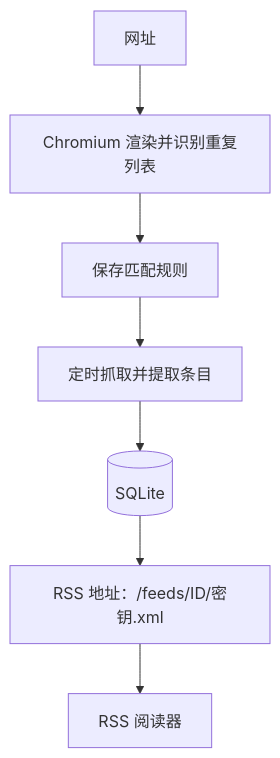
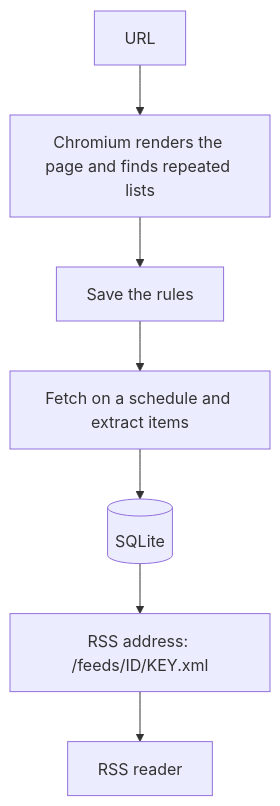
The diagram in README.md (Jaaayden/feedlantern), drawn with Mermaid before and after one commit. The commit also changed other lines of this file and 104 other files, not shown here.

````diff
--- a/README.md
+++ b/README.md
@@ -58,9 +61,9 @@
 ```mermaid
 flowchart TB
-    A[网址] --> B[Chromium 渲染并识别重复列表]
-    B --> C[保存匹配规则]
-    C --> D[定时抓取并提取条目]
+    A[URL] --> B[Chromium renders the page and finds repeated lists]
+    B --> C[Save the rules]
+    C --> D[Fetch on a schedule and extract items]
     D --> E[(SQLite)]
-    E --> F["RSS 地址：/feeds/ID/密钥.xml"]
-    F --> G[RSS 阅读器]
+    E --> F["RSS address: /feeds/ID/KEY.xml"]
+    F --> G[RSS reader]
 ```
````
